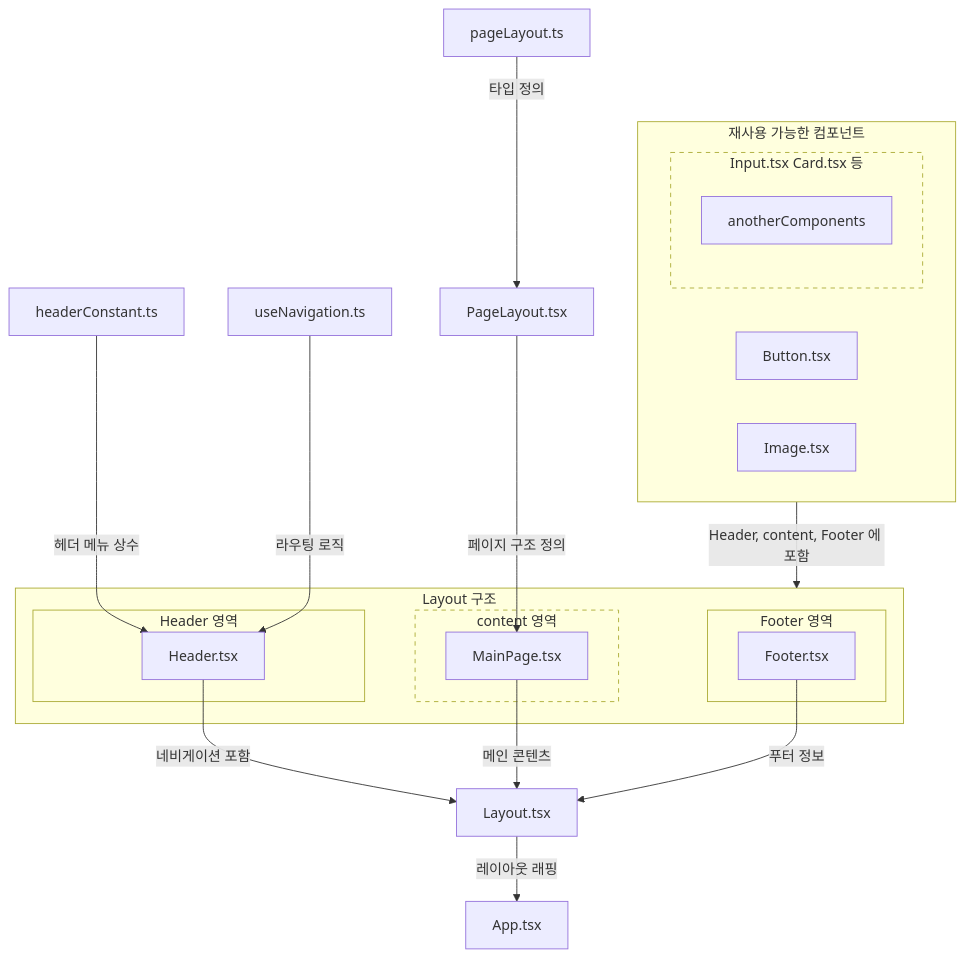
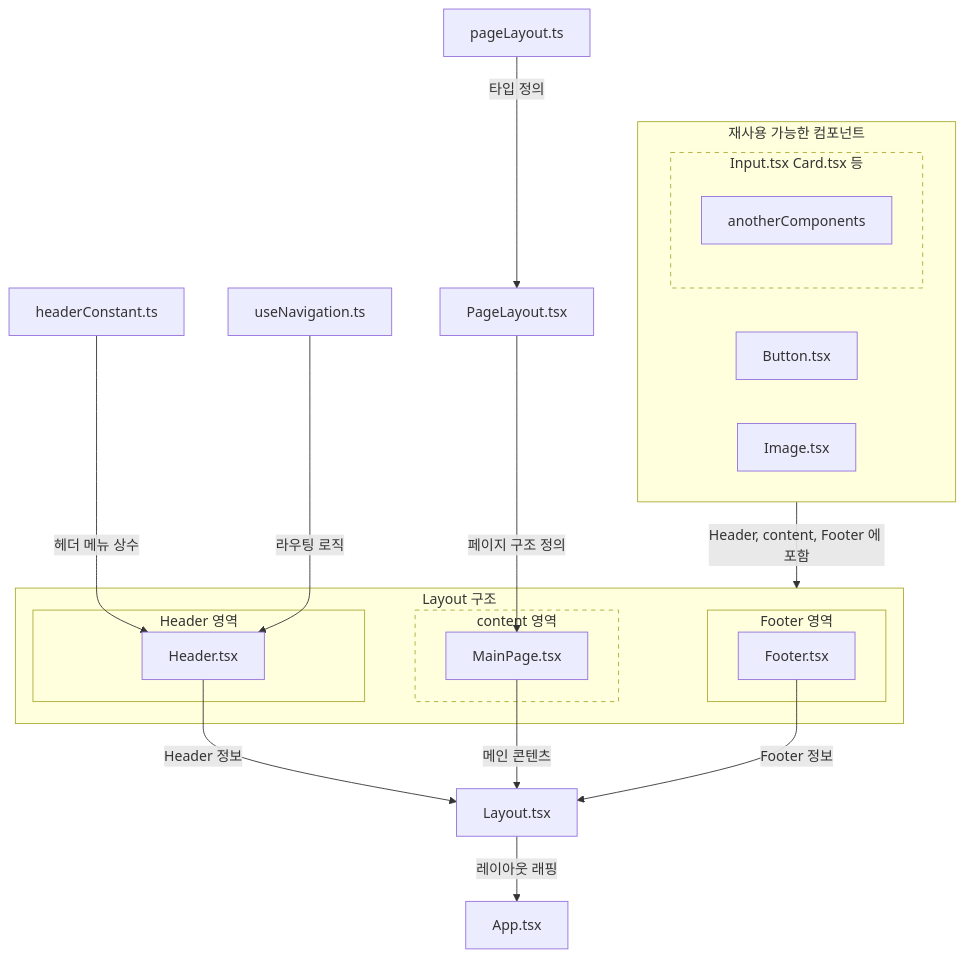
The first of 2 diagrams in docs/frontend-structure.md (farmercodel/pium._.official), drawn with Mermaid before and after one commit. The commit also changed other lines of this file, not shown here.

````diff
--- a/docs/frontend-structure.md
+++ b/docs/frontend-structure.md
@@ -57,40 +59,40 @@
 ```mermaid
 graph TD
-  Header.tsx -->|네비게이션 포함| Layout.tsx
+  Header.tsx -->|Header 정보| Layout.tsx
   MainPage.tsx -->|메인 콘텐츠| Layout.tsx
-  Footer.tsx -->|푸터 정보| Layout.tsx
+  Footer.tsx -->|Footer 정보| Layout.tsx
 
   Layout.tsx -->|레이아웃 래핑| App.tsx
 
   PageLayout.tsx -->|페이지 구조 정의| MainPage.tsx
   pageLayout.ts -->|타입 정의| PageLayout.tsx
   
   components -->|Header, content, Footer 에 포함| Layout_section
 
   headerConstant.ts -->|헤더 메뉴 상수| Header.tsx
   useNavigation.ts -->|라우팅 로직| Header.tsx
 
   subgraph components ["재사용 가능한 컴포넌트"]
     Button.tsx
     Image.tsx
     subgraph anotherComponents_section ["Input.tsx Card.tsx 등"]
       style anotherComponents_section stroke-dasharray: 5 5
       anotherComponents
     end
   end
 
   subgraph Layout_section ["Layout 구조"]
     subgraph Header_section ["Header 영역"]
       Header.tsx
     end
 
     subgraph content_section ["content 영역"]
       style content_section stroke-dasharray: 5 5
       MainPage.tsx
     end
 
     subgraph Footer_section ["Footer 영역"]
       Footer.tsx
     end
   end
 ```
````
